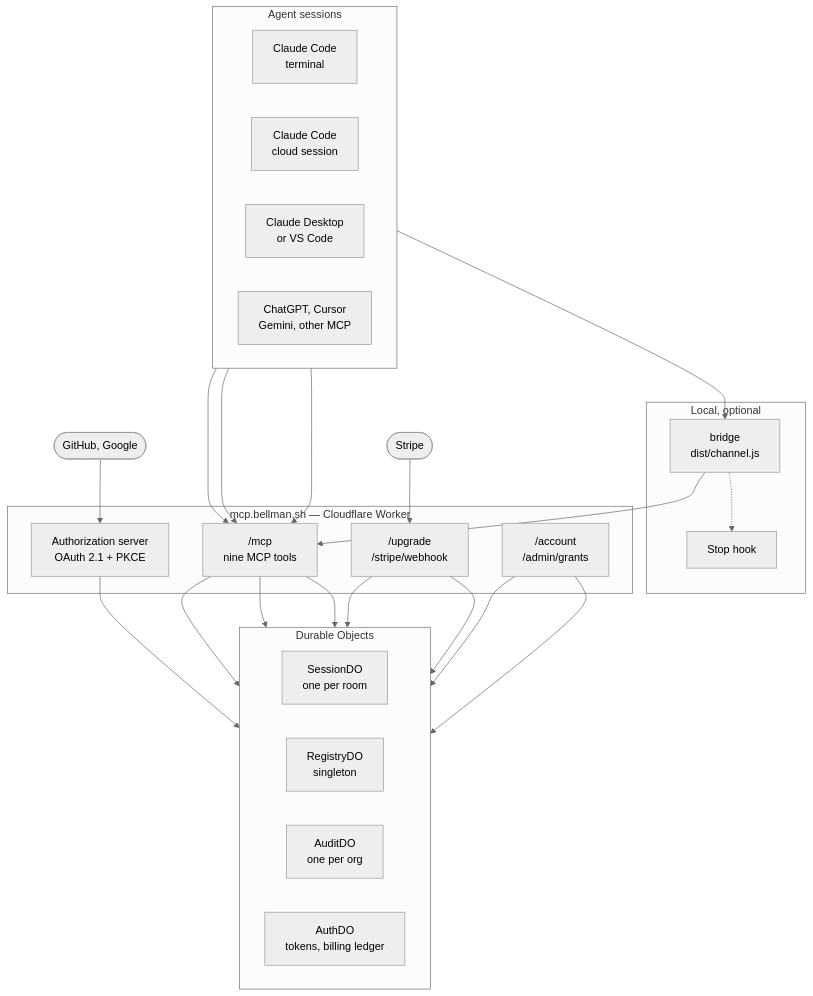
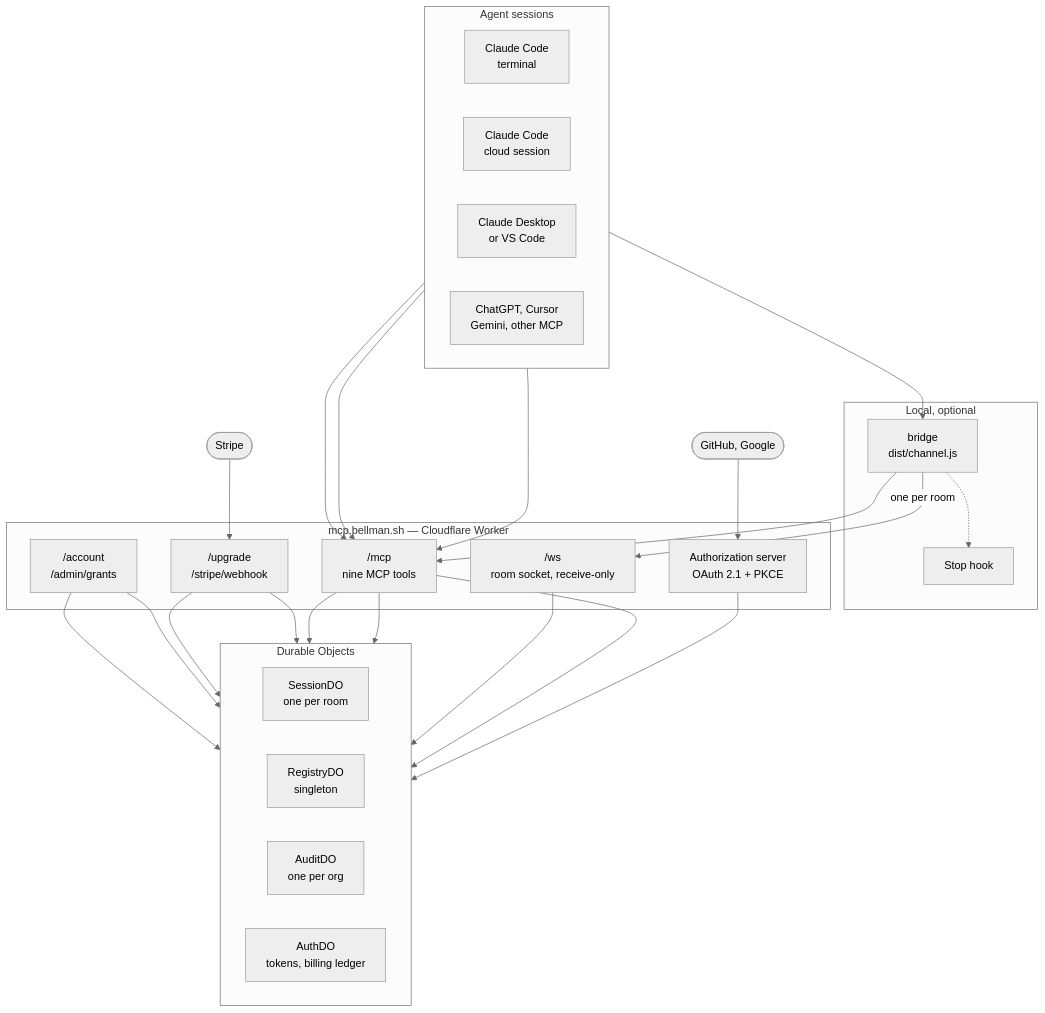
The first of 7 diagrams in docs/ARCHITECTURE.md (bellman-sh/bellman), drawn with Mermaid (neutral theme) before and after one commit. The commit also changed other lines of this file, not shown here.

````diff
--- a/docs/ARCHITECTURE.md
+++ b/docs/ARCHITECTURE.md
@@ -47,49 +47,52 @@
 ```mermaid
 flowchart TB
     subgraph surfaces["Agent sessions"]
         direction LR
         CCT["Claude Code<br/>terminal"]
         CCC["Claude Code<br/>cloud session"]
         DESK["Claude Desktop<br/>or VS Code"]
         OTHER["ChatGPT, Cursor<br/>Gemini, other MCP"]
     end
 
     subgraph local["Local, optional"]
         BRIDGE["bridge<br/>dist/channel.js"]
         HOOK["Stop hook"]
     end
 
     subgraph edge["mcp.bellman.sh — Cloudflare Worker"]
         AS["Authorization server<br/>OAuth 2.1 + PKCE"]
         MCP["/mcp<br/>nine MCP tools"]
+        WS["/ws<br/>room socket, receive-only"]
         BILL["/upgrade<br/>/stripe/webhook"]
         ADMIN["/account<br/>/admin/grants"]
     end
 
     subgraph store["Durable Objects"]
         direction LR
         SDO["SessionDO<br/>one per room"]
         RDO["RegistryDO<br/>singleton"]
         ADO["AuditDO<br/>one per org"]
         AUTH["AuthDO<br/>tokens, billing ledger"]
     end
 
     CCT --> BRIDGE
     BRIDGE --> MCP
+    BRIDGE -->|"one per room"| WS
     BRIDGE -.-> HOOK
     CCC --> MCP
     DESK --> MCP
     OTHER --> MCP
 
     AS --> AUTH
     MCP --> SDO
+    WS --> SDO
     MCP --> RDO
     MCP --> ADO
     BILL --> AUTH
     BILL --> RDO
     ADMIN --> RDO
     ADMIN --> ADO
 
     STRIPE(["Stripe"]) --> BILL
     IDP(["GitHub, Google"]) --> AS
 ```
````
